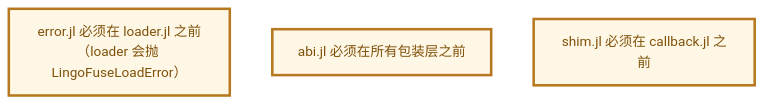
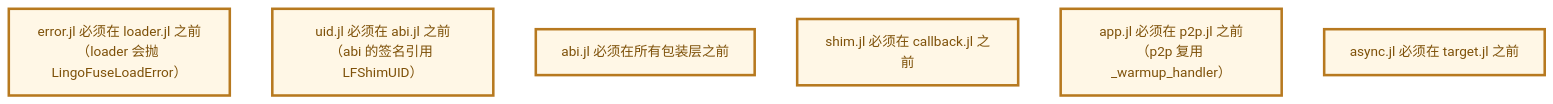
Before and after one commit to PassByYou888/LingoFuse: diagram 29 of 29 in julia/README.md, drawn with Mermaid (neutral theme). The commit also changed other lines of this file and 41 other files, not shown here.

````diff
--- a/julia/README.md
+++ b/julia/README.md
@@ -1137,10 +1481,16 @@
 ```mermaid
 flowchart TD
     C1["error.jl 必须在 loader.jl 之前<br/>（loader 会抛 LingoFuseLoadError）"]
-    C2["abi.jl 必须在所有包装层之前"]
-    C3["shim.jl 必须在 callback.jl 之前"]
+    C2["uid.jl 必须在 abi.jl 之前<br/>（abi 的签名引用 LFShimUID）"]
+    C3["abi.jl 必须在所有包装层之前"]
+    C4["shim.jl 必须在 callback.jl 之前"]
+    C5["app.jl 必须在 p2p.jl 之前<br/>（p2p 复用 _warmup_handler）"]
+    C6["async.jl 必须在 target.jl 之前"]
 
     style C1 fill:#FFF7E6,stroke:#B7791F,stroke-width:3px,color:#7E5109
     style C2 fill:#FFF7E6,stroke:#B7791F,stroke-width:3px,color:#7E5109
     style C3 fill:#FFF7E6,stroke:#B7791F,stroke-width:3px,color:#7E5109
+    style C4 fill:#FFF7E6,stroke:#B7791F,stroke-width:3px,color:#7E5109
+    style C5 fill:#FFF7E6,stroke:#B7791F,stroke-width:3px,color:#7E5109
+    style C6 fill:#FFF7E6,stroke:#B7791F,stroke-width:3px,color:#7E5109
 ```
````
